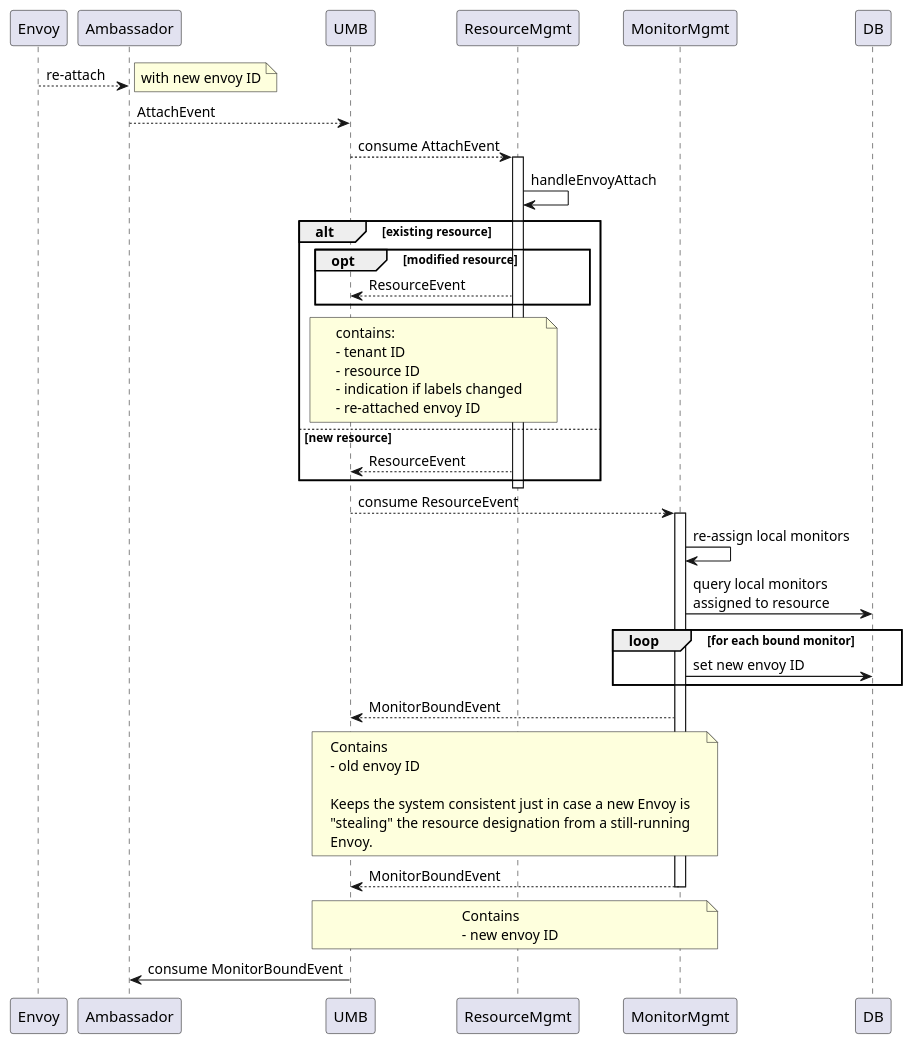
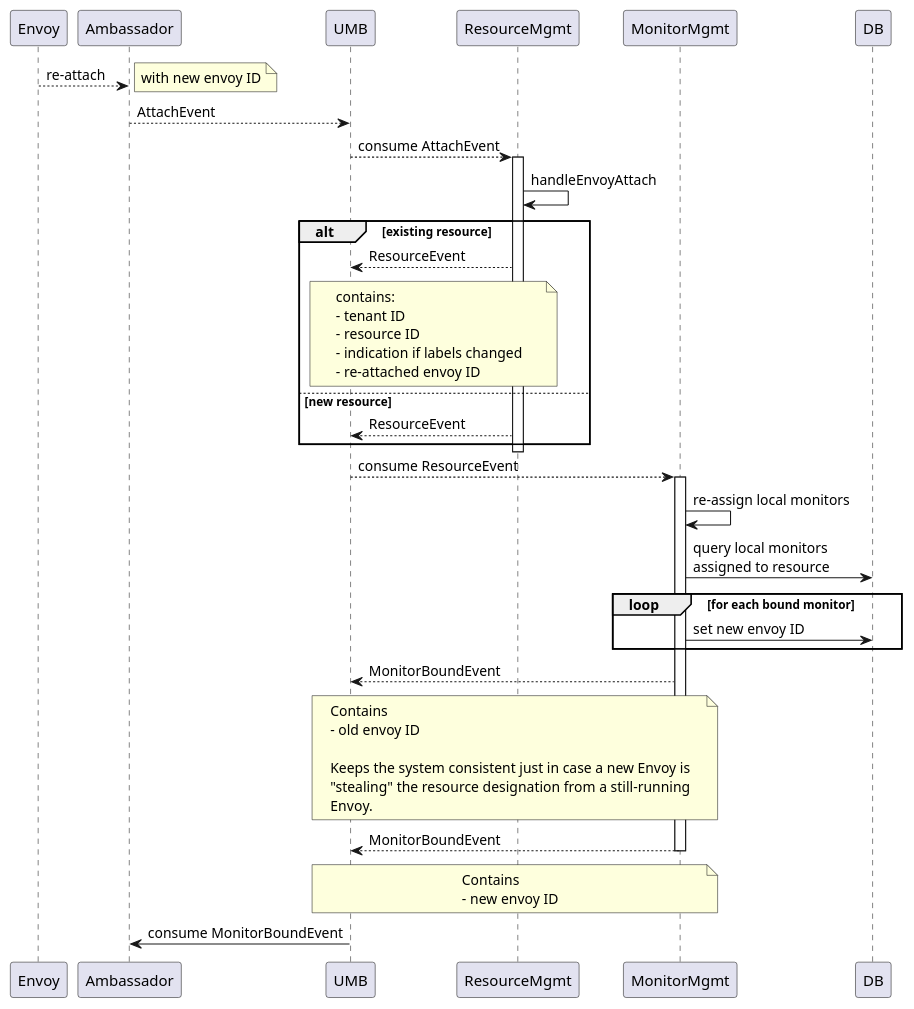
Before and after one commit to racker/salus-telemetry-bundle: the diagram in docs/envoy-reattach-local-monitors.plantuml, drawn with PlantUML.

Commit message:
Remove optional section from diagram

```diff
--- a/docs/envoy-reattach-local-monitors.plantuml
+++ b/docs/envoy-reattach-local-monitors.plantuml
@@ -1,62 +1,60 @@
 @startuml
 
 Envoy-->Ambassador: re-attach
 note right: with new envoy ID
 
 Ambassador-->UMB: AttachEvent
 UMB-->ResourceMgmt: consume AttachEvent
 
 activate ResourceMgmt
 
 ResourceMgmt->ResourceMgmt: handleEnvoyAttach
 
 alt existing resource
-    opt modified resource
-        ResourceMgmt-->UMB: ResourceEvent
-    end
+    ResourceMgmt-->UMB: ResourceEvent
 
     note over ResourceMgmt,UMB
     contains:
     - tenant ID
     - resource ID
     - indication if labels changed
     - re-attached envoy ID
     end note
 
 else new resource
     ResourceMgmt-->UMB: ResourceEvent
 end
 deactivate ResourceMgmt
 
 UMB-->MonitorMgmt: consume ResourceEvent
 activate MonitorMgmt
 MonitorMgmt->MonitorMgmt: re-assign local monitors
 MonitorMgmt->DB: query local monitors\nassigned to resource
 
 loop for each bound monitor
     MonitorMgmt->DB: set new envoy ID
 end
 
 MonitorMgmt-->UMB: MonitorBoundEvent
 
 note over MonitorMgmt,UMB
 Contains
 - old envoy ID
 
 Keeps the system consistent just in case a new Envoy is
 "stealing" the resource designation from a still-running
 Envoy.
 end note
 
 MonitorMgmt-->UMB: MonitorBoundEvent
 
 note over MonitorMgmt,UMB
 Contains
 - new envoy ID
 end note
 
 deactivate MonitorMgmt
 
 UMB->Ambassador: consume MonitorBoundEvent
 
 @enduml
```
